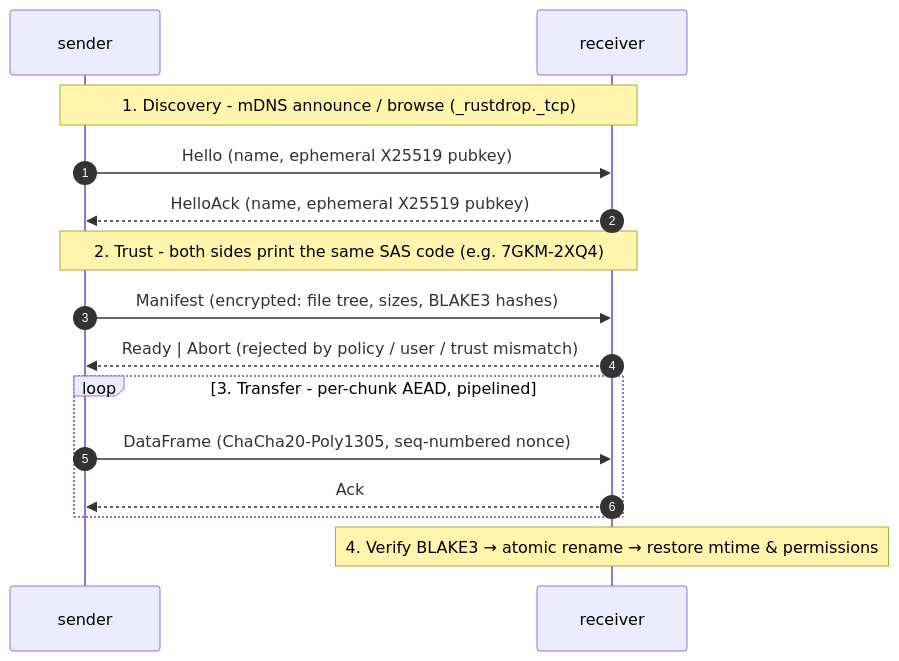
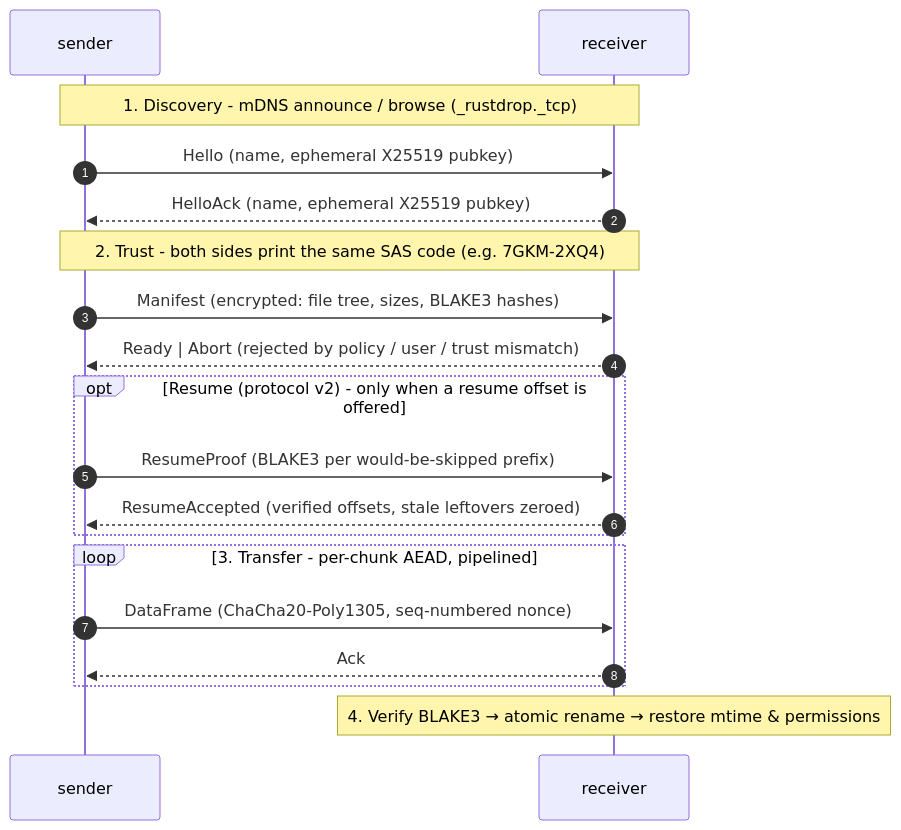
Before and after one commit to hakuxyz/rustdrop: the first of 2 diagrams in README.md, drawn with Mermaid. The commit also changed other lines of this file and 11 other files, not shown here.

Commit message:
Add protocol v2 resume proof, resume by default and receiver size limits; bump to 0.3.0

````diff
--- a/README.md
+++ b/README.md
@@ -246,18 +256,22 @@
 ```mermaid
 sequenceDiagram
     autonumber
     participant S as sender
     participant R as receiver
 
     Note over S,R: 1. Discovery - mDNS announce / browse (_rustdrop._tcp)
     S->>R: Hello (name, ephemeral X25519 pubkey)
     R-->>S: HelloAck (name, ephemeral X25519 pubkey)
     Note over S,R: 2. Trust - both sides print the same SAS code (e.g. 7GKM-2XQ4)
     S->>R: Manifest (encrypted: file tree, sizes, BLAKE3 hashes)
     R-->>S: Ready | Abort (rejected by policy / user / trust mismatch)
+    opt Resume (protocol v2) - only when a resume offset is offered
+        S->>R: ResumeProof (BLAKE3 per would-be-skipped prefix)
+        R-->>S: ResumeAccepted (verified offsets, stale leftovers zeroed)
+    end
     loop 3. Transfer - per-chunk AEAD, pipelined
         S->>R: DataFrame (ChaCha20-Poly1305, seq-numbered nonce)
         R-->>S: Ack
     end
     Note over R: 4. Verify BLAKE3 → atomic rename → restore mtime & permissions
 ```
````
